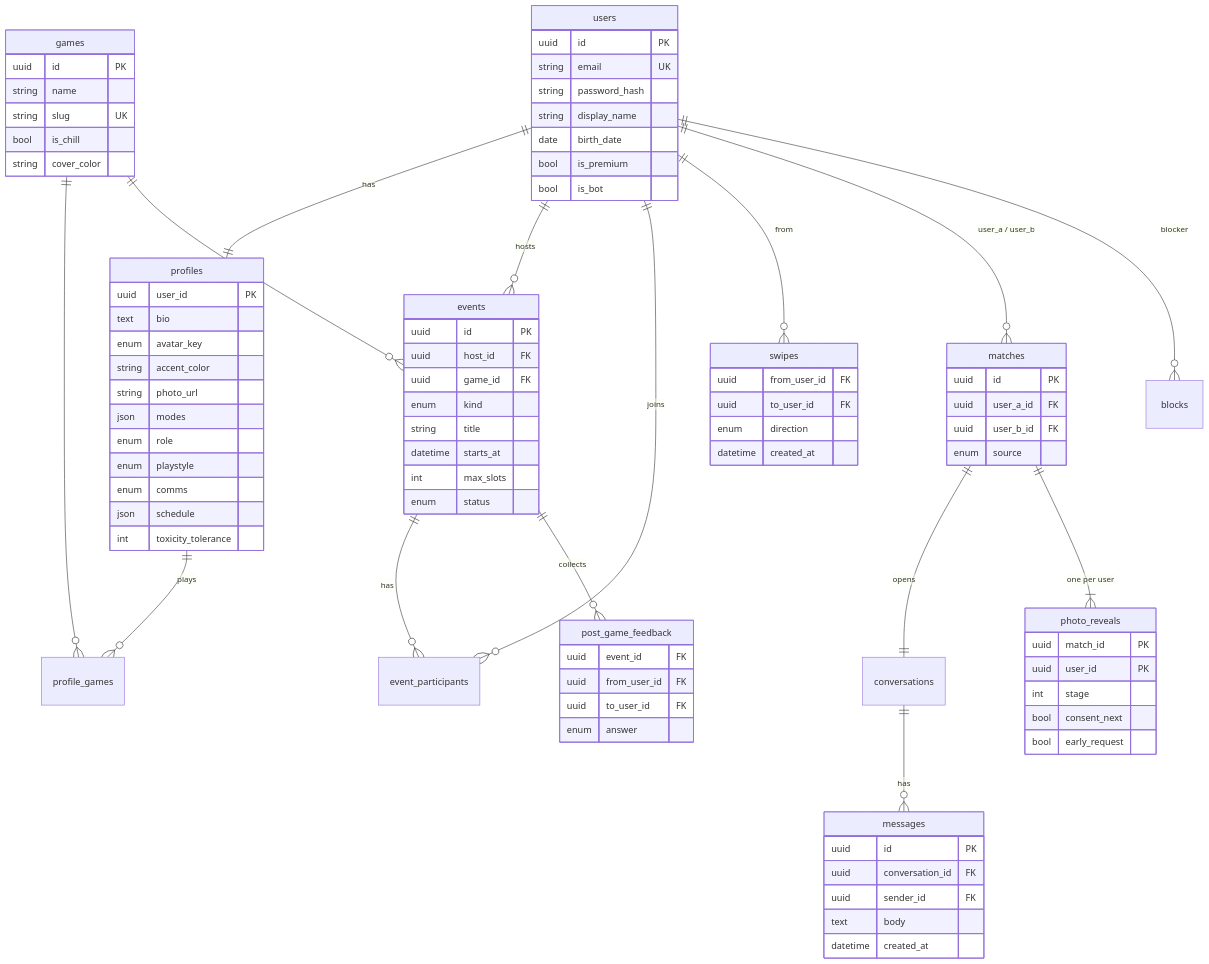
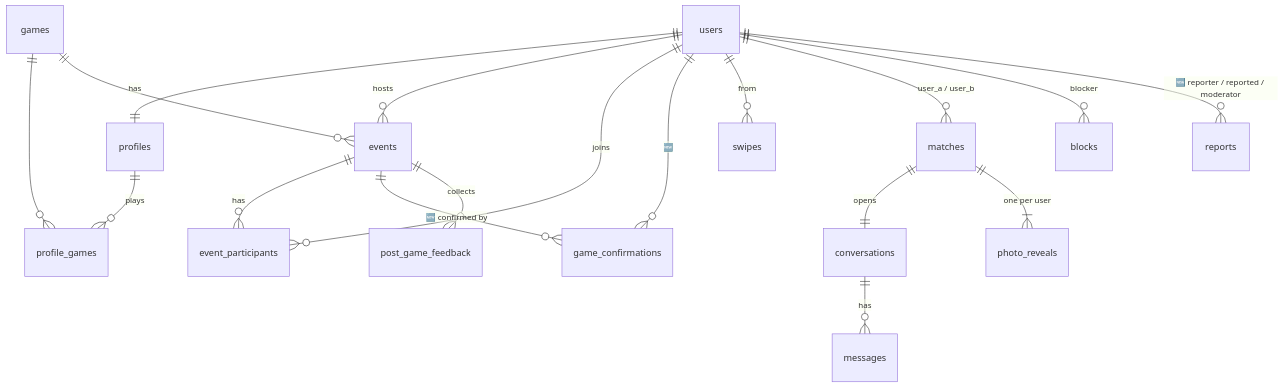
Before and after one commit to Nujabesuuu/Team_14: the diagram in docs/contracts/data-schema.md, drawn with Mermaid. The commit also changed other lines of this file and 20 other files, not shown here.

````diff
--- a/docs/contracts/data-schema.md
+++ b/docs/contracts/data-schema.md
@@ -11,6 +28,8 @@
   games ||--o{ events : ""
   events ||--o{ event_participants : has
   users ||--o{ event_participants : joins
+  events ||--o{ game_confirmations : "🆕 confirmed by"
+  users ||--o{ game_confirmations : "🆕"
   events ||--o{ post_game_feedback : collects
   users ||--o{ swipes : from
   users ||--o{ matches : "user_a / user_b"
@@ -18,76 +37,5 @@
   matches ||--|{ photo_reveals : "one per user"
   conversations ||--o{ messages : has
   users ||--o{ blocks : blocker
-
-  users {
-    uuid id PK
-    string email UK
-    string password_hash
-    string display_name
-    date birth_date
-    bool is_premium
-    bool is_bot
-  }
-  profiles {
-    uuid user_id PK
-    text bio
-    enum avatar_key
-    string accent_color
-    string photo_url
-    json modes
-    enum role
-    enum playstyle
-    enum comms
-    json schedule
-    int toxicity_tolerance
-  }
-  games {
-    uuid id PK
-    string name
-    string slug UK
-    bool is_chill
-    string cover_color
-  }
-  events {
-    uuid id PK
-    uuid host_id FK
-    uuid game_id FK
-    enum kind
-    string title
-    datetime starts_at
-    int max_slots
-    enum status
-  }
-  post_game_feedback {
-    uuid event_id FK
-    uuid from_user_id FK
-    uuid to_user_id FK
-    enum answer
-  }
-  swipes {
-    uuid from_user_id FK
-    uuid to_user_id FK
-    enum direction
-    datetime created_at
-  }
-  matches {
-    uuid id PK
-    uuid user_a_id FK
-    uuid user_b_id FK
-    enum source
-  }
-  photo_reveals {
-    uuid match_id PK
-    uuid user_id PK
-    int stage
-    bool consent_next
-    bool early_request
-  }
-  messages {
-    uuid id PK
-    uuid conversation_id FK
-    uuid sender_id FK
-    text body
-    datetime created_at
-  }
+  users ||--o{ reports : "🆕 reporter / reported / moderator"
 ```
````
